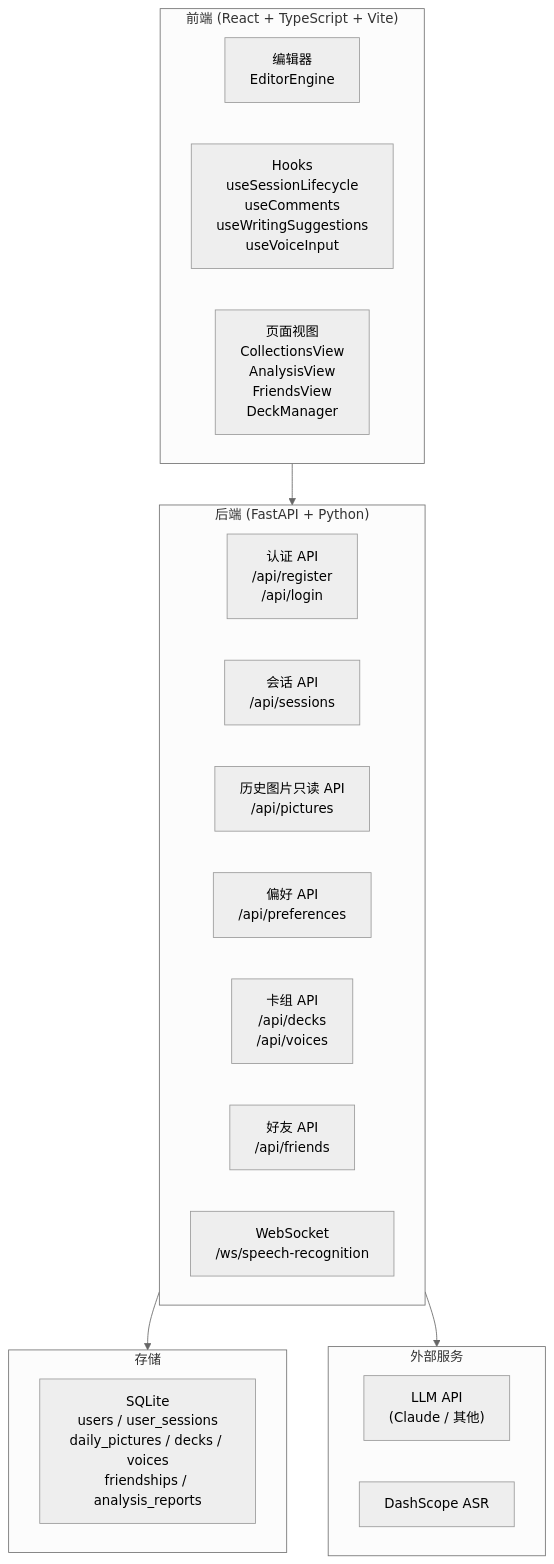
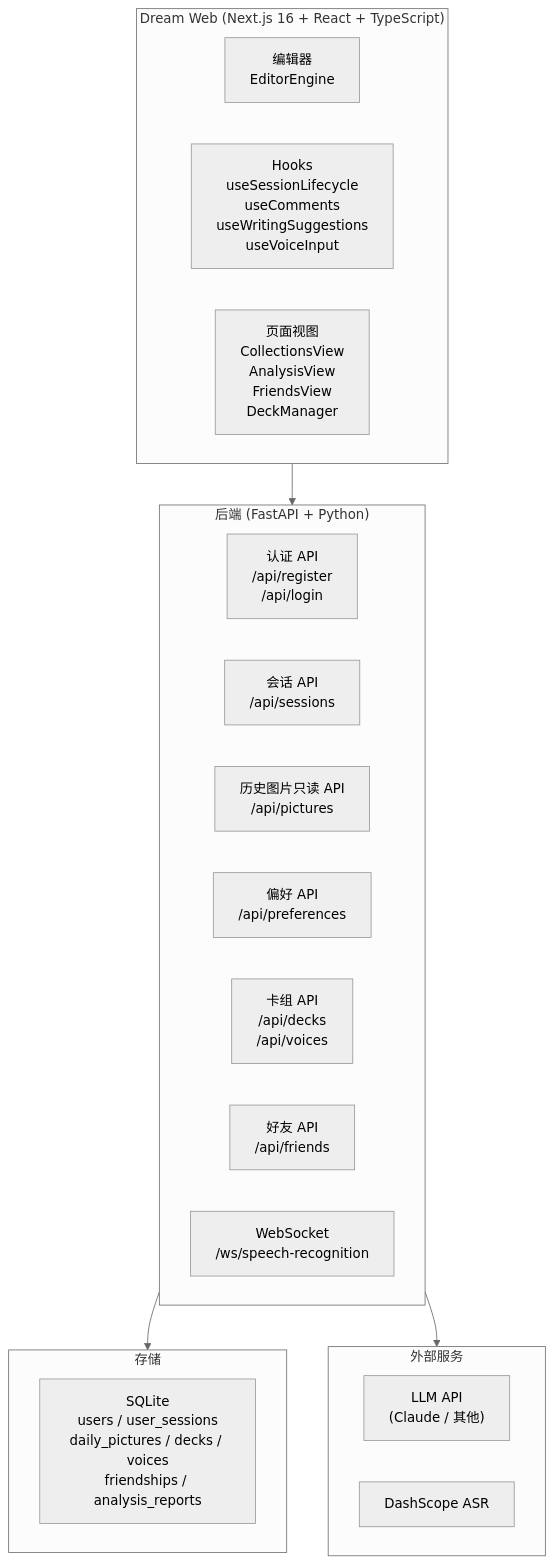
One commit to glide-the/im-dream changed diagram 17 of 17 in docs/design/sequence-diagrams.md. Above: the diagram before and after it, drawn with Mermaid (neutral theme). The commit also changed other lines of this file and 106 other files, not shown here.

Commit message:
docs: align Dream architecture with Next workspace

````diff
--- a/docs/design/sequence-diagrams.md
+++ b/docs/design/sequence-diagrams.md
@@ -523,31 +527,31 @@
 ```mermaid
 graph TB
-    subgraph Frontend["前端 (React + TypeScript + Vite)"]
+    subgraph Frontend["Dream Web (Next.js 16 + React + TypeScript)"]
         Editor["编辑器<br/>EditorEngine"]
         Hooks["Hooks<br/>useSessionLifecycle<br/>useComments<br/>useWritingSuggestions<br/>useVoiceInput"]
         Views["页面视图<br/>CollectionsView<br/>AnalysisView<br/>FriendsView<br/>DeckManager"]
     end
 
     subgraph Backend["后端 (FastAPI + Python)"]
         AuthAPI["认证 API<br/>/api/register<br/>/api/login"]
         SessionAPI["会话 API<br/>/api/sessions"]
         PictureAPI["历史图片只读 API<br/>/api/pictures"]
         PrefsAPI["偏好 API<br/>/api/preferences"]
         DeckAPI["卡组 API<br/>/api/decks<br/>/api/voices"]
         FriendAPI["好友 API<br/>/api/friends"]
         WSEndpoint["WebSocket<br/>/ws/speech-recognition"]
     end
 
     subgraph Storage["存储"]
         SQLite["SQLite<br/>users / user_sessions<br/>daily_pictures / decks / voices<br/>friendships / analysis_reports"]
     end
 
     subgraph External["外部服务"]
         LLM["LLM API<br/>(Claude / 其他)"]
         ASR["DashScope ASR"]
     end
 
     Frontend --> Backend
     Backend --> Storage
     Backend --> External
 ```
````
